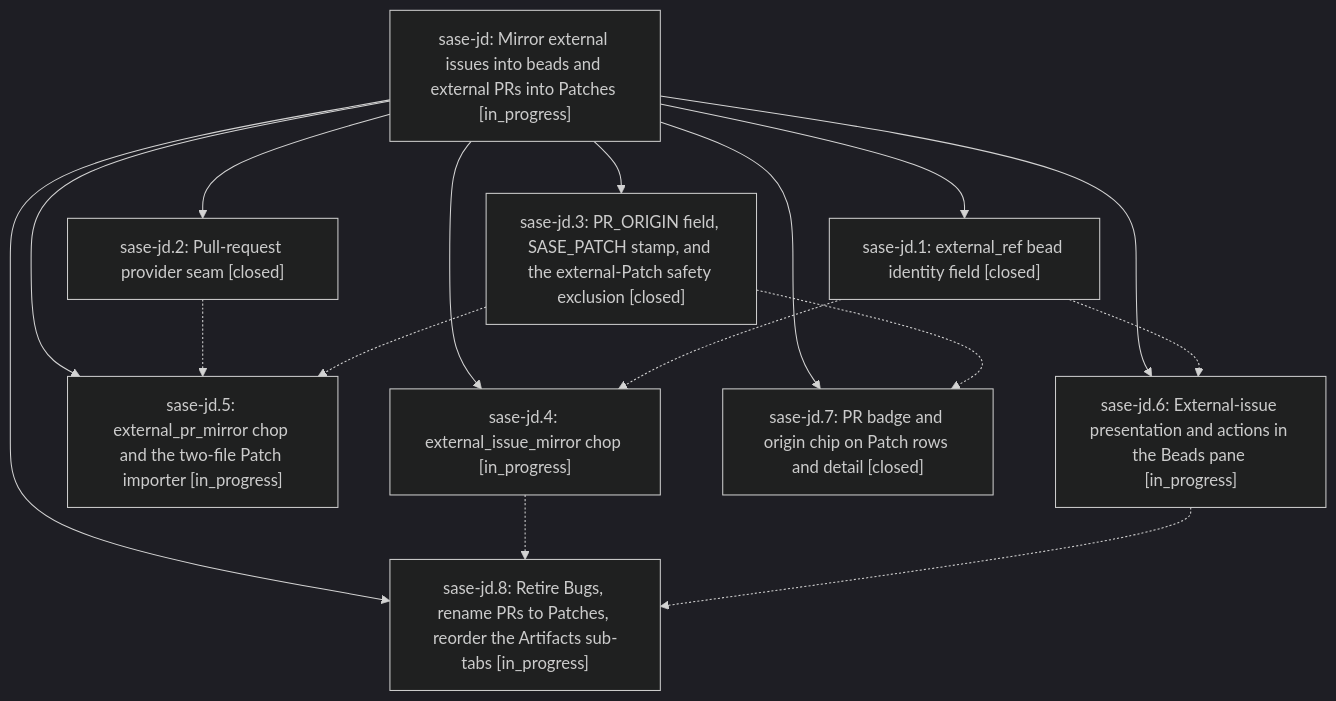
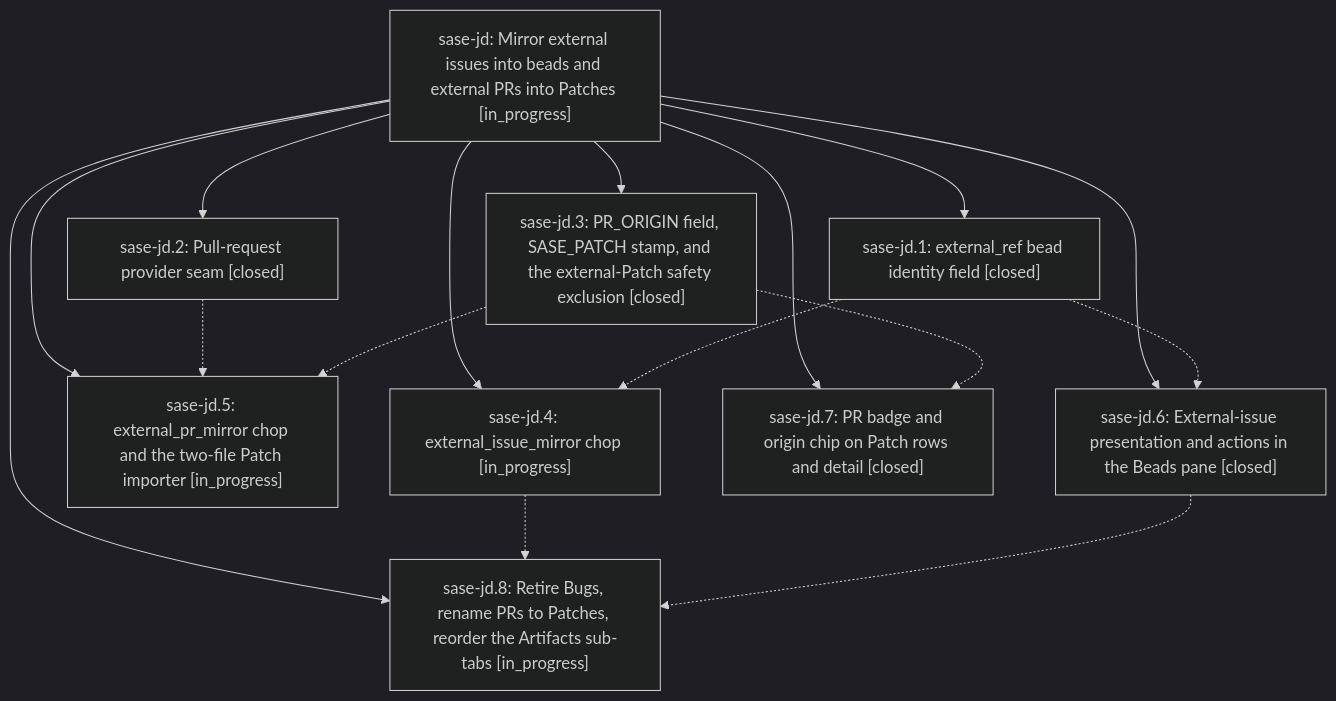
The diagram in pages/sase-jd/README.md (sase-org/sase--beads), drawn with Mermaid (dark theme) before and after one commit. The commit also changed other lines of this file and 4 other files, not shown here.

First line of the commit message:
chore(beads): sync bead state and pages for sase-jd

````diff
--- a/pages/sase-jd/README.md
+++ b/pages/sase-jd/README.md
@@ -29,27 +29,27 @@
 ```mermaid
 flowchart TD
     n0["sase-jd: Mirror external issues into beads and external PRs into Patches [in_progress]"]
     n1["sase-jd.1: external_ref bead identity field [closed]"]
     n2["sase-jd.2: Pull-request provider seam [closed]"]
     n3["sase-jd.3: PR_ORIGIN field, SASE_PATCH stamp, and the external-Patch safety exclusion [closed]"]
     n4["sase-jd.4: external_issue_mirror chop [in_progress]"]
     n5["sase-jd.5: external_pr_mirror chop and the two-file Patch importer [in_progress]"]
-    n6["sase-jd.6: External-issue presentation and actions in the Beads pane [in_progress]"]
+    n6["sase-jd.6: External-issue presentation and actions in the Beads pane [closed]"]
     n7["sase-jd.7: PR badge and origin chip on Patch rows and detail [closed]"]
     n8["sase-jd.8: Retire Bugs, rename PRs to Patches, reorder the Artifacts sub-tabs [in_progress]"]
     n0 --> n1
     n0 --> n2
     n0 --> n3
     n0 --> n4
     n0 --> n5
     n0 --> n6
     n0 --> n7
     n0 --> n8
     n1 -.-> n4
     n1 -.-> n6
     n2 -.-> n5
     n3 -.-> n5
     n3 -.-> n7
     n4 -.-> n8
     n6 -.-> n8
 ```
````
